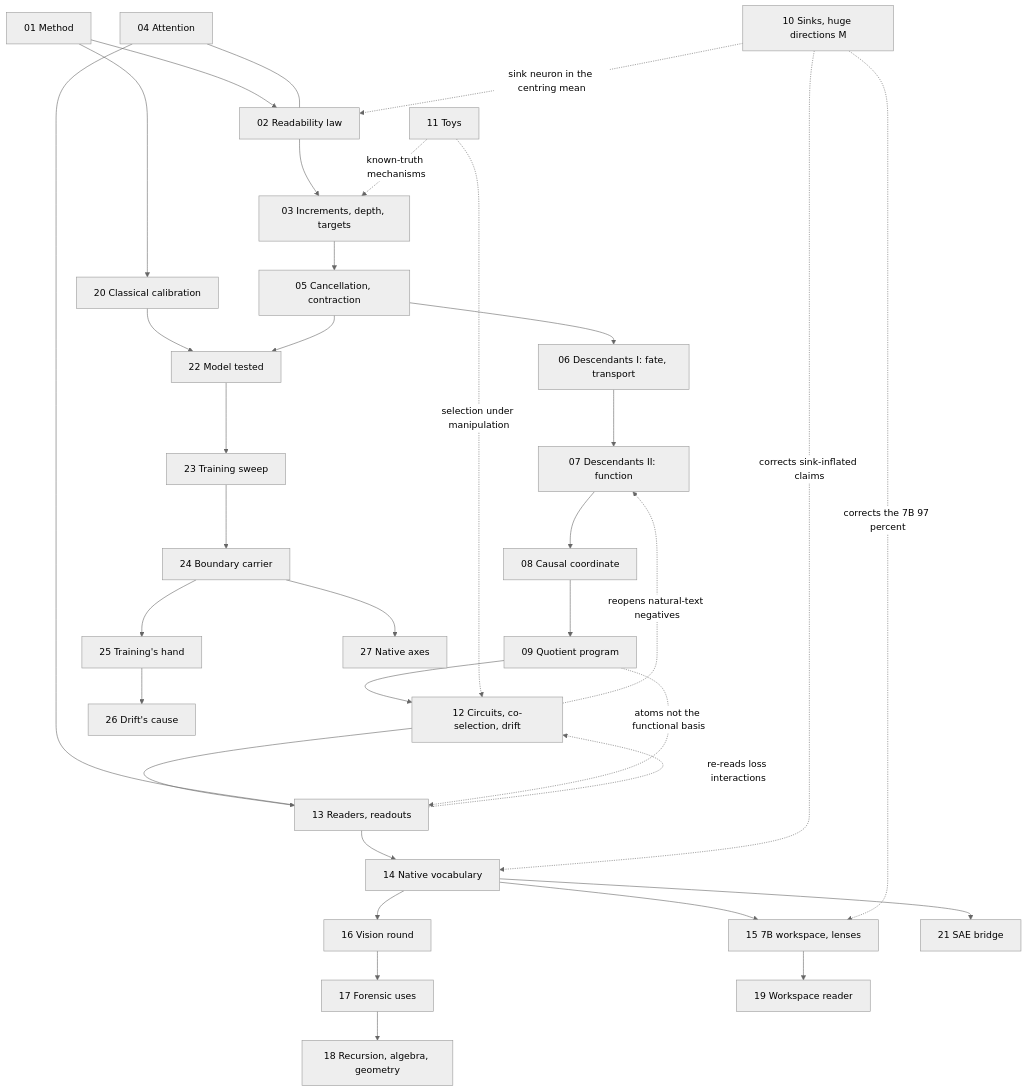
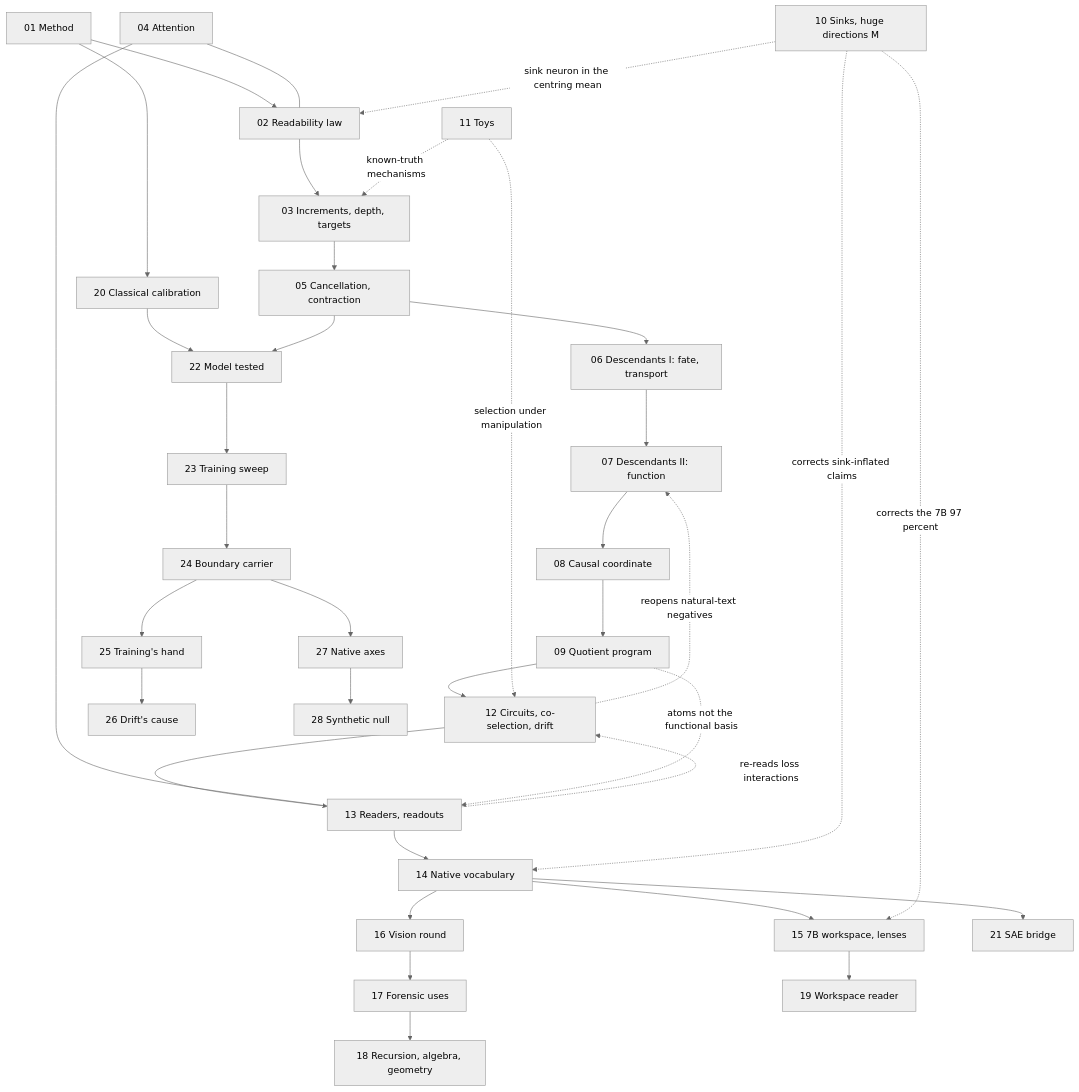
Before and after one commit to sunmoonron/wdd-descendants: the diagram in README.md, drawn with Mermaid (neutral theme). The commit also changed other lines of this file and 17 other files, not shown here.

````diff
--- a/README.md
+++ b/README.md
@@ -47,37 +48,38 @@
 ```mermaid
 flowchart TD
   A01["01 Method"] --> A02["02 Readability law"]
   A02 --> A03["03 Increments, depth, targets"]
   A03 --> A05["05 Cancellation, contraction"]
   A05 --> A06["06 Descendants I: fate, transport"]
   A06 --> A07["07 Descendants II: function"]
   A07 --> A08["08 Causal coordinate"]
   A08 --> A09["09 Quotient program"]
   A09 --> A12["12 Circuits, co-selection, drift"]
   A12 --> A13["13 Readers, readouts"]
   A13 --> A14["14 Native vocabulary"]
   A14 --> A15["15 7B workspace, lenses"]
   A14 --> A16["16 Vision round"]
   A16 --> A17["17 Forensic uses"]
   A17 --> A18["18 Recursion, algebra, geometry"]
   A15 --> A19["19 Workspace reader"]
   A01 --> A20["20 Classical calibration"]
   A14 --> A21["21 SAE bridge"]
   A20 --> A22["22 Model tested"]
   A22 --> A23["23 Training sweep"]
   A23 --> A24["24 Boundary carrier"]
   A24 --> A25["25 Training's hand"]
   A25 --> A26["26 Drift's cause"]
   A24 --> A27["27 Native axes"]
+  A27 --> A28["28 Synthetic null"]
   A05 --> A22
   A04["04 Attention"] --- A02
   A04 --- A13
   A10["10 Sinks, huge directions M"] -.->|sink neuron in the centring mean| A02
   A10 -.->|corrects sink-inflated claims| A14
   A10 -.->|corrects the 7B 97 percent| A15
   A11["11 Toys"] -.->|known-truth mechanisms| A03
   A11 -.->|selection under manipulation| A12
   A12 -.->|reopens natural-text negatives| A07
   A13 -.->|re-reads loss interactions| A12
   A09 -.->|atoms not the functional basis| A13
 ```
````
